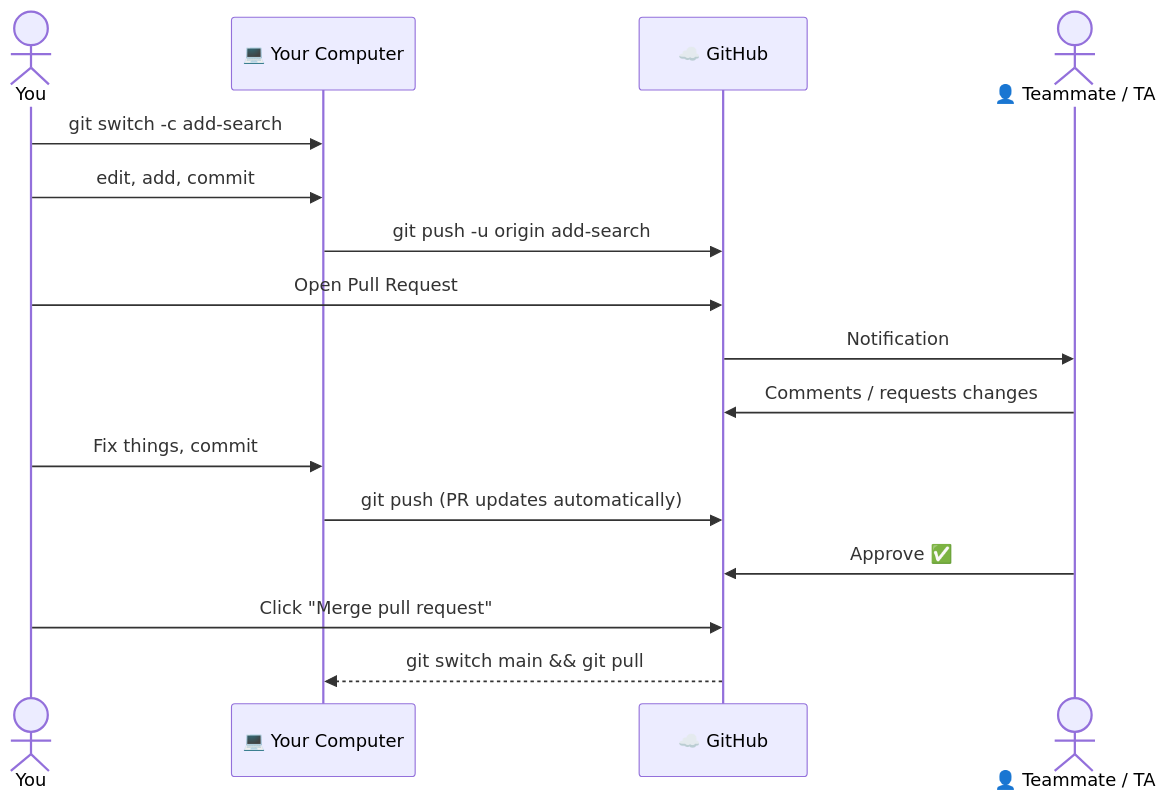
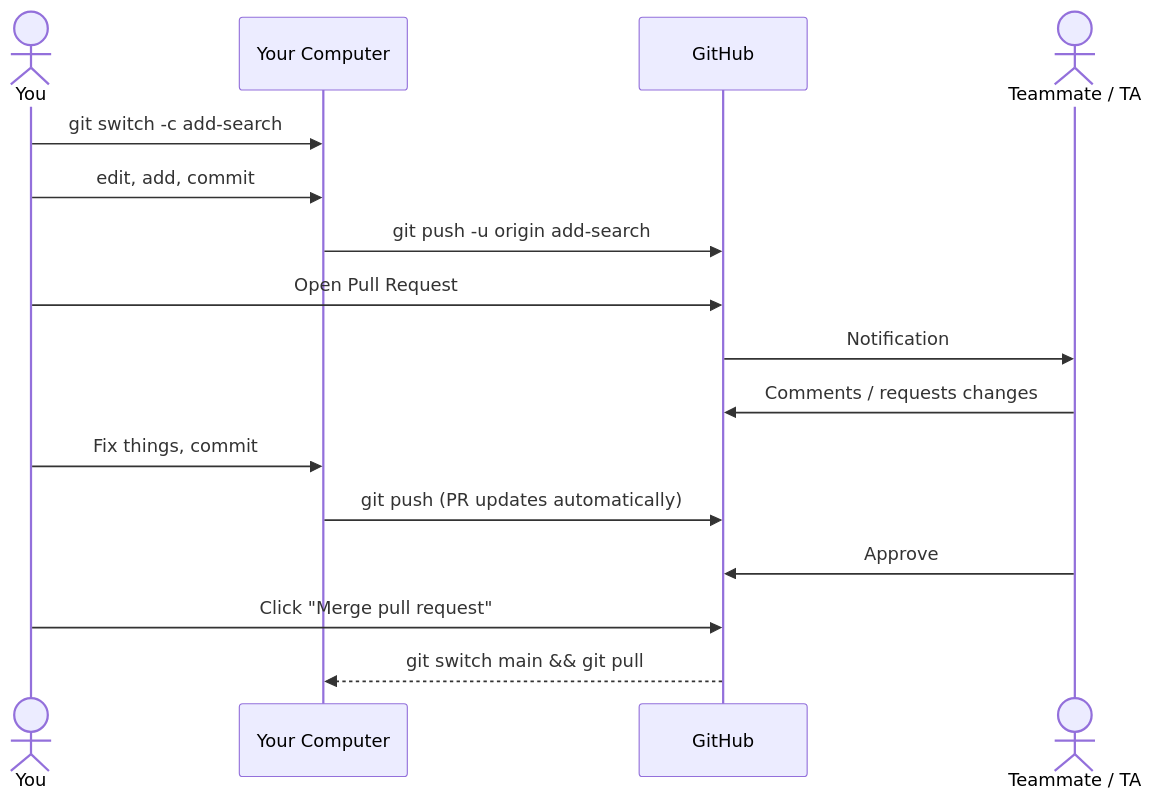
One commit to anasp07-hue/Github-Guide changed the first of 3 diagrams in info-vault/05-pull-requests.md. Above: the diagram before and after it, drawn with Mermaid. The commit also changed other lines of this file and 7 other files, not shown here.

````diff
--- a/info-vault/05-pull-requests.md
+++ b/info-vault/05-pull-requests.md
@@ -26,19 +26,19 @@
 ```mermaid
 sequenceDiagram
     actor You
-    participant Local as 💻 Your Computer
-    participant GH as ☁️ GitHub
-    actor Reviewer as 👤 Teammate / TA
+    participant Local as Your Computer
+    participant GH as GitHub
+    actor Reviewer as Teammate / TA
 
     You->>Local: git switch -c add-search
     You->>Local: edit, add, commit
     Local->>GH: git push -u origin add-search
     You->>GH: Open Pull Request
     GH->>Reviewer: Notification
     Reviewer->>GH: Comments / requests changes
     You->>Local: Fix things, commit
     Local->>GH: git push (PR updates automatically)
-    Reviewer->>GH: Approve ✅
+    Reviewer->>GH: Approve 
     You->>GH: Click "Merge pull request"
     GH-->>Local: git switch main && git pull
 ```
````
